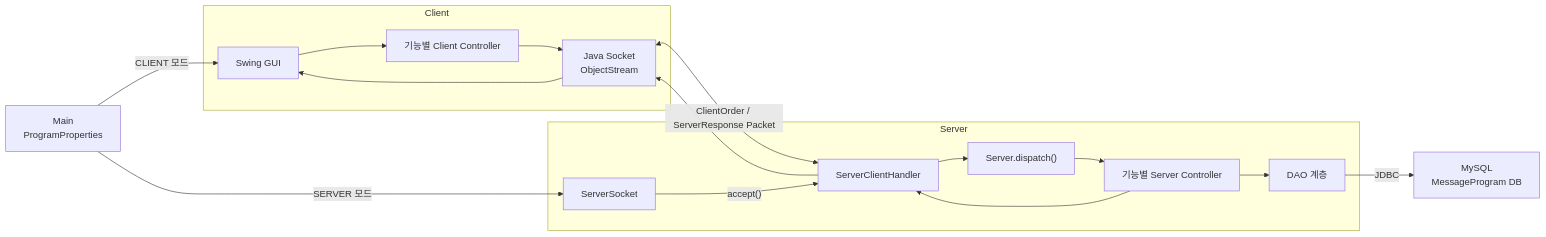
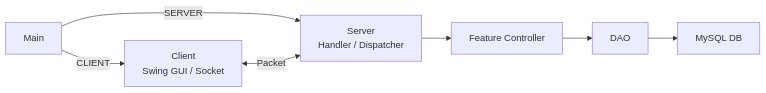
One commit to minwoojoo/WorkTalks changed the first of 2 diagrams in README.md. Above: the diagram before and after it, drawn with Mermaid. The commit also changed other lines of this file, not shown here.

````diff
--- a/README.md
+++ b/README.md
@@ -57,37 +57,10 @@
 ```mermaid
 flowchart LR
-    Main["Main<br/>ProgramProperties"]
+    Main -->|"CLIENT"| Client["Client<br/>Swing GUI / Socket"]
+    Main -->|"SERVER"| Server["Server<br/>Handler / Dispatcher"]
 
-    subgraph ClientApp["Client"]
-        GUI["Swing GUI"]
-        ClientController["기능별 Client Controller"]
-        ClientSocket["Java Socket<br/>ObjectStream"]
-    end
-
-    subgraph ServerApp["Server"]
-        ServerSocket["ServerSocket"]
-        Handler["ServerClientHandler"]
-        Router["Server.dispatch()"]
-        ServerController["기능별 Server Controller"]
-        DAO["DAO 계층"]
-    end
-
-    DB["MySQL<br/>MessageProgram DB"]
-
-    Main -->|"CLIENT 모드"| GUI
-    Main -->|"SERVER 모드"| ServerSocket
-
-    GUI --> ClientController
-    ClientController --> ClientSocket
-    ClientSocket <-->|"ClientOrder / ServerResponse Packet"| Handler
-
-    ServerSocket -->|"accept()"| Handler
-    Handler --> Router
-    Router --> ServerController
-    ServerController --> DAO
-    DAO -->|"JDBC"| DB
-
-    ServerController --> Handler
-    Handler --> ClientSocket
-    ClientSocket --> GUI
+    Client <-->|"Packet"| Server
+    Server --> Controller["Feature Controller"]
+    Controller --> DAO["DAO"]
+    DAO --> DB["MySQL DB"]
 ```
````
